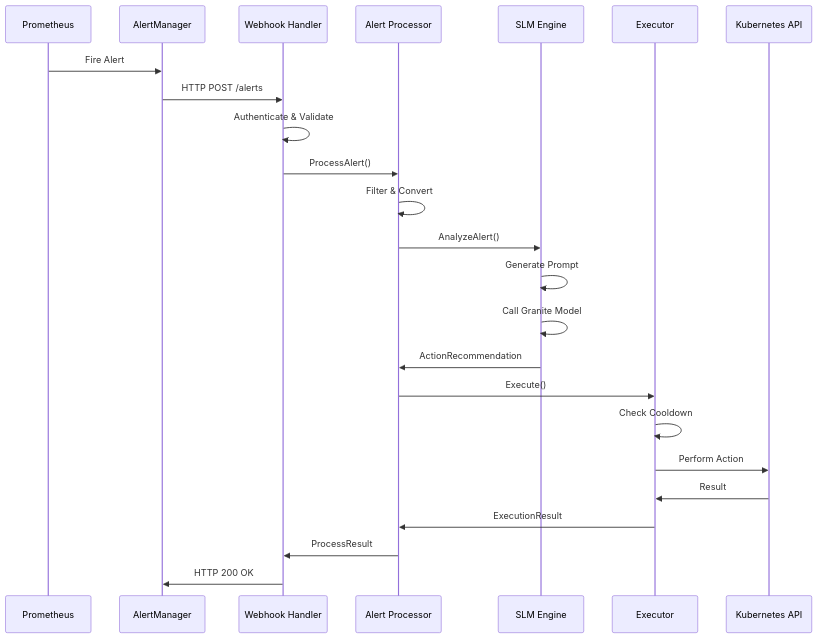
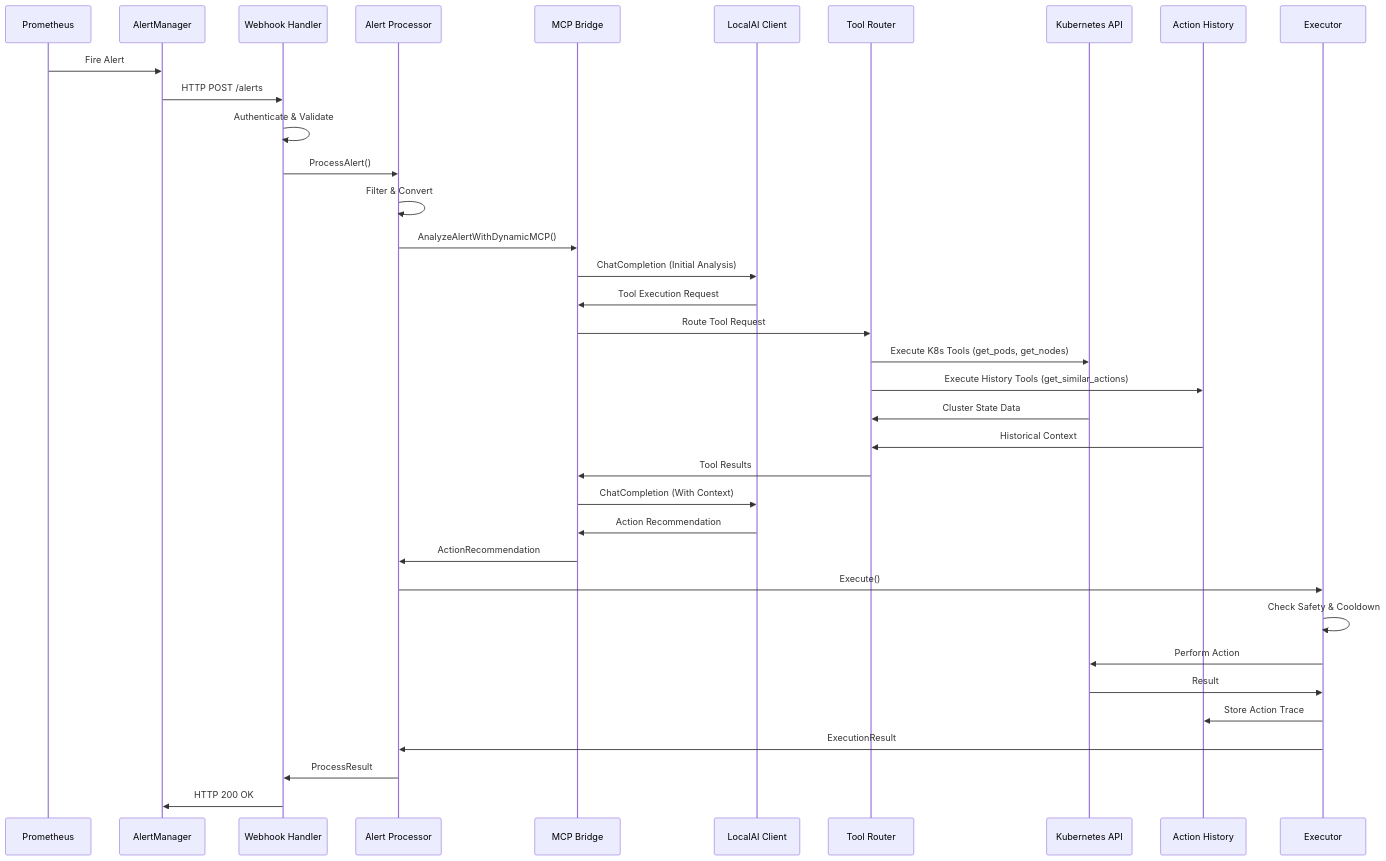
The diagram in docs/ARCHITECTURE.md (jordigilh/kubernaut), drawn with Mermaid before and after one commit. The commit also changed other lines of this file and 34 other files, not shown here.

Commit message:
Update documentation to reflect the new MCP Bridge design

````diff
--- a/docs/ARCHITECTURE.md
+++ b/docs/ARCHITECTURE.md
@@ -465,27 +492,39 @@
 ```mermaid
 sequenceDiagram
     participant P as Prometheus
     participant AM as AlertManager
     participant WH as Webhook Handler
     participant AP as Alert Processor
-    participant SLM as SLM Engine
+    participant MB as MCP Bridge
+    participant LA as LocalAI Client
+    participant TR as Tool Router
+    participant K8s as Kubernetes API
+    participant AH as Action History
     participant EX as Executor
-    participant K8s as Kubernetes API
 
     P->>AM: Fire Alert
     AM->>WH: HTTP POST /alerts
     WH->>WH: Authenticate & Validate
     WH->>AP: ProcessAlert()
     AP->>AP: Filter & Convert
-    AP->>SLM: AnalyzeAlert()
-    SLM->>SLM: Generate Prompt
-    SLM->>SLM: Call Granite Model
-    SLM->>AP: ActionRecommendation
+    AP->>MB: AnalyzeAlertWithDynamicMCP()
+    MB->>LA: ChatCompletion (Initial Analysis)
+    LA->>MB: Tool Execution Request
+    MB->>TR: Route Tool Request
+    TR->>K8s: Execute K8s Tools (get_pods, get_nodes)
+    TR->>AH: Execute History Tools (get_similar_actions)
+    K8s->>TR: Cluster State Data
+    AH->>TR: Historical Context
+    TR->>MB: Tool Results
+    MB->>LA: ChatCompletion (With Context)
+    LA->>MB: Action Recommendation
+    MB->>AP: ActionRecommendation
     AP->>EX: Execute()
-    EX->>EX: Check Cooldown
+    EX->>EX: Check Safety & Cooldown
     EX->>K8s: Perform Action
     K8s->>EX: Result
+    EX->>AH: Store Action Trace
     EX->>AP: ExecutionResult
     AP->>WH: ProcessResult
     WH->>AM: HTTP 200 OK
 ```
````
